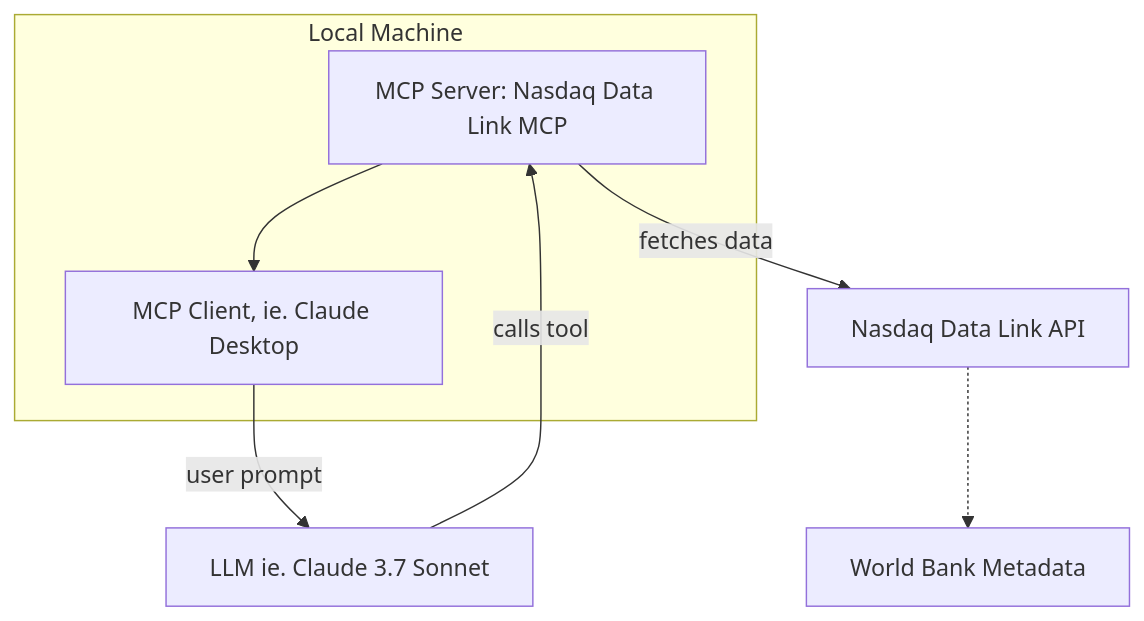
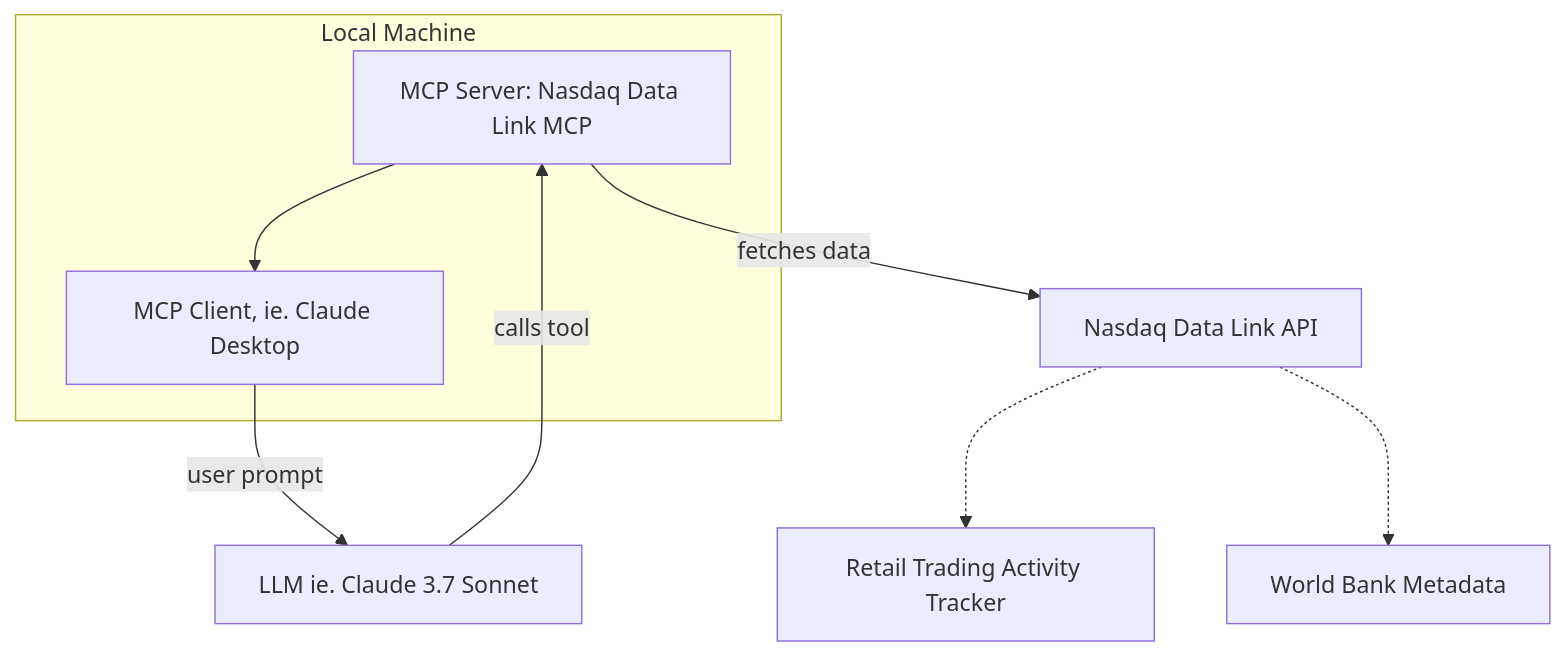
Before and after one commit to stefanoamorelli/nasdaq-data-link-mcp: the diagram in README.md, drawn with Mermaid. The commit also changed other lines of this file, not shown here.

````diff
--- a/README.md
+++ b/README.md
@@ -192,11 +239,12 @@
 ```mermaid
 graph TD
   subgraph "Local Machine"
     A[MCP Server: Nasdaq Data Link MCP] --> C[MCP Client, ie. Claude Desktop]
   end
 
   C -->|user prompt| D[LLM ie. Claude 3.7 Sonnet]
   D -->|calls tool| A
   A -->|fetches data| B[Nasdaq Data Link API]
-  B -.-> E[World Bank Metadata]
+  B -.-> E[Retail Trading Activity Tracker]
+  B -.-> F[World Bank Metadata]
 ```
````
